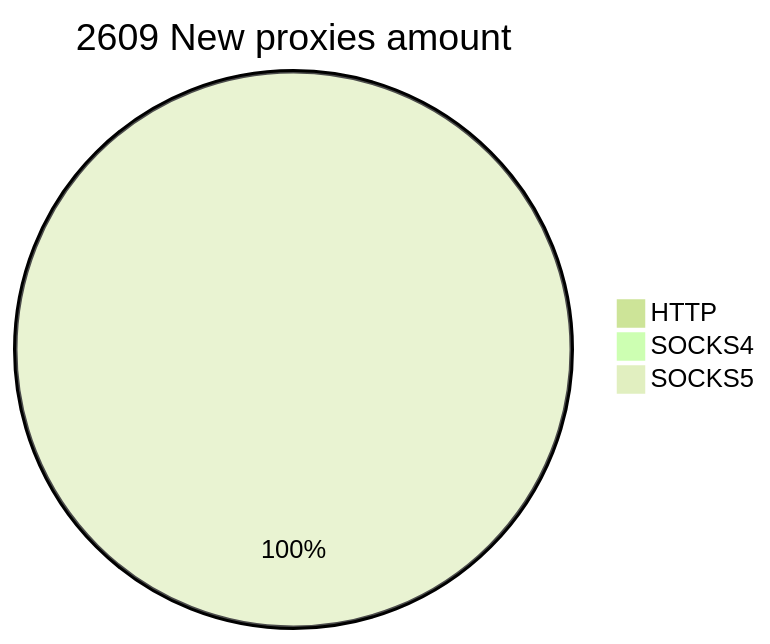
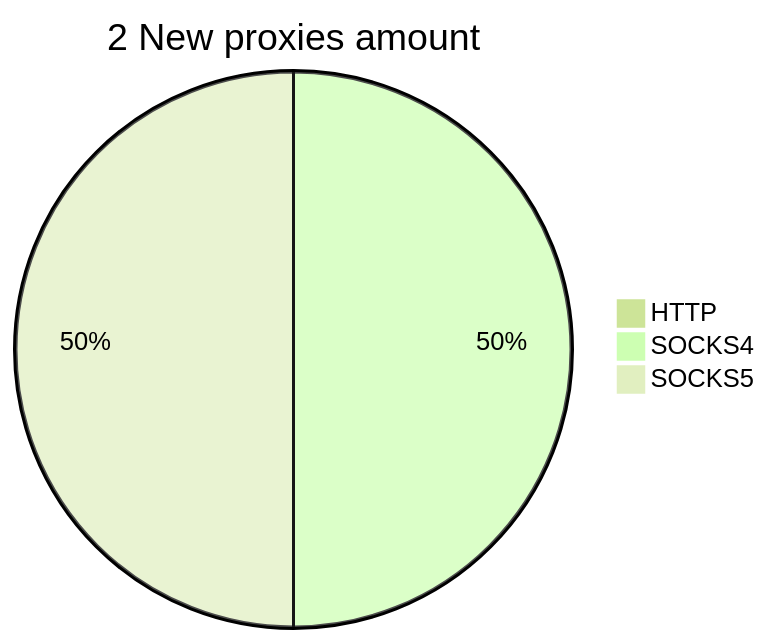
One commit to cutipu/proxylist changed the second of 2 diagrams in README.md. Above: the diagram before and after it, drawn with Mermaid (forest theme). The commit also changed other lines of this file, not shown here.

````diff
--- a/README.md
+++ b/README.md
@@ -10,6 +10,6 @@
 ```mermaid
-pie title 2609 New proxies amount
+pie title 2 New proxies amount
     "HTTP" : 0
-    "SOCKS4" : 0
-    "SOCKS5" : 2610
+    "SOCKS4" : 1
+    "SOCKS5" : 1
 ```
````
